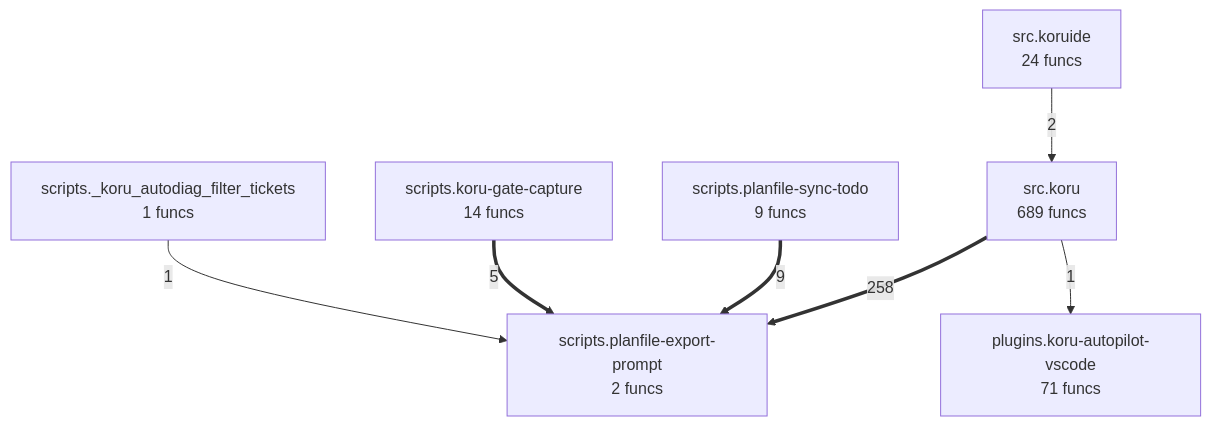
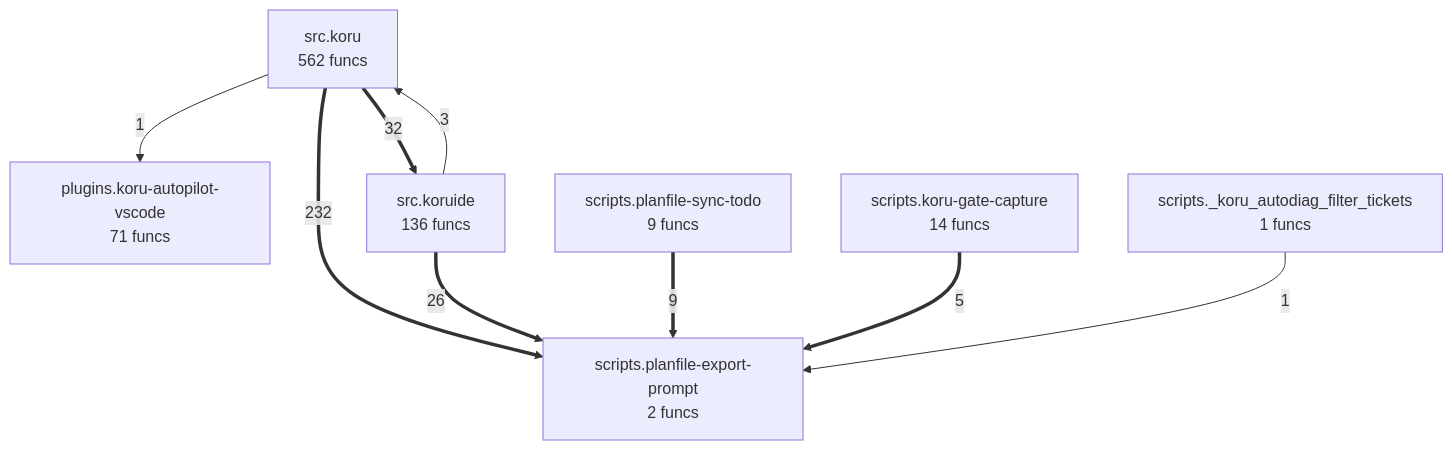
Before and after one commit to semcod/koru: the diagram in project/compact_flow.mmd, drawn with Mermaid. The commit also changed 33 other files, not shown here.

```diff
--- a/project/compact_flow.mmd
+++ b/project/compact_flow.mmd
@@ -1,15 +1,17 @@
 flowchart TD
 %% generated in 0.02s
     plugins__koru_autopilot_vscode["plugins.koru-autopilot-vscode<br/>71 funcs"]
     scripts___koru_autodiag_filter_tickets["scripts._koru_autodiag_filter_tickets<br/>1 funcs"]
     scripts__koru_gate_capture["scripts.koru-gate-capture<br/>14 funcs"]
     scripts__planfile_export_prompt["scripts.planfile-export-prompt<br/>2 funcs"]
     scripts__planfile_sync_todo["scripts.planfile-sync-todo<br/>9 funcs"]
-    src__koru["src.koru<br/>689 funcs"]
-    src__koruide["src.koruide<br/>24 funcs"]
-    src__koru ==>|258| scripts__planfile_export_prompt
+    src__koru["src.koru<br/>562 funcs"]
+    src__koruide["src.koruide<br/>136 funcs"]
+    src__koru ==>|232| scripts__planfile_export_prompt
+    src__koru ==>|32| src__koruide
+    src__koruide ==>|26| scripts__planfile_export_prompt
     scripts__planfile_sync_todo ==>|9| scripts__planfile_export_prompt
     scripts__koru_gate_capture ==>|5| scripts__planfile_export_prompt
-    src__koruide -->|2| src__koru
+    src__koruide -->|3| src__koru
     src__koru -->|1| plugins__koru_autopilot_vscode
     scripts___koru_autodiag_filter_tickets -->|1| scripts__planfile_export_prompt
```
